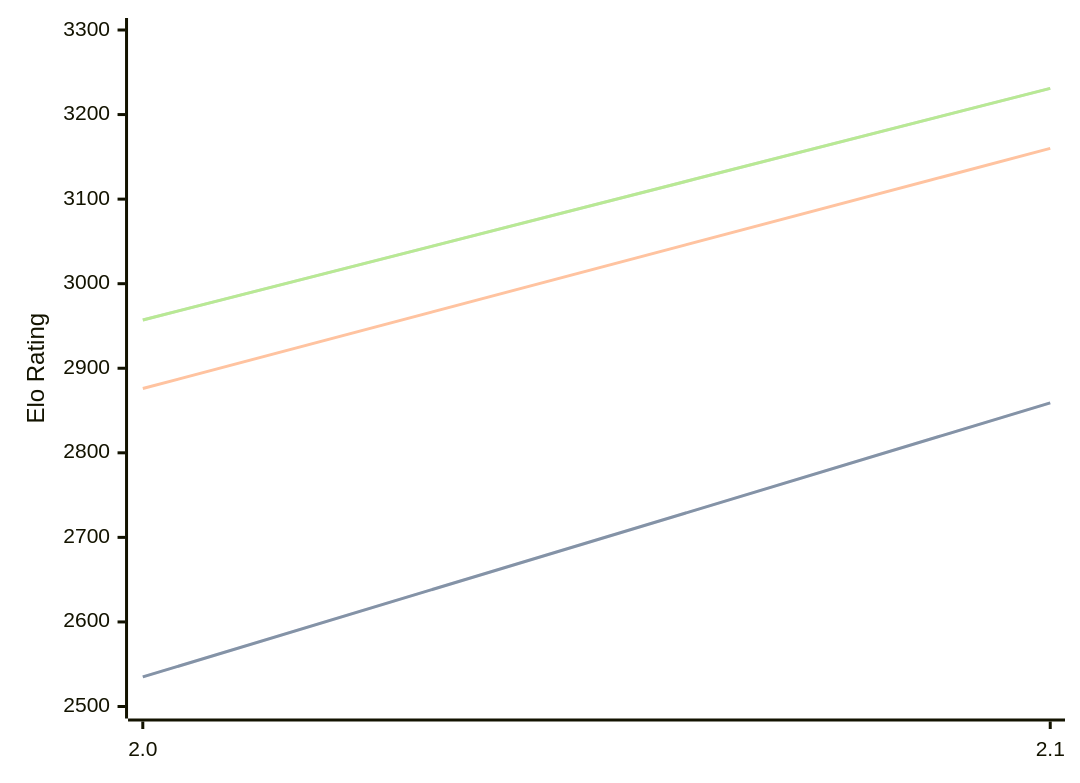
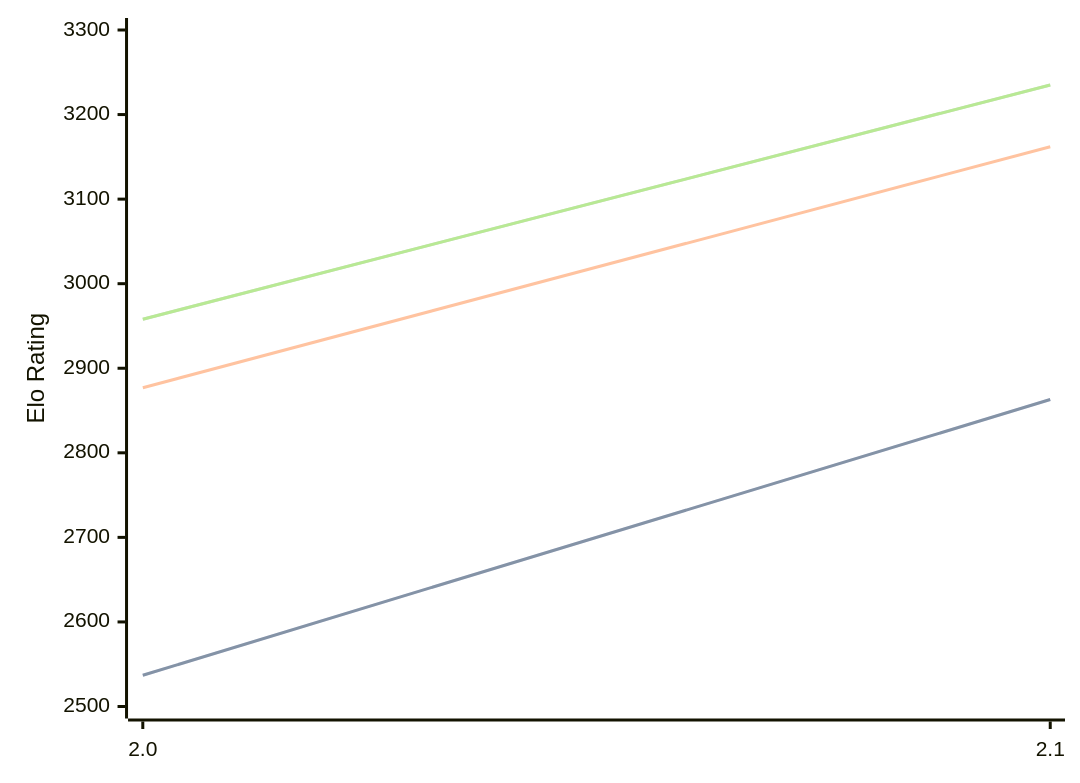
One commit to computer-chess-index/cci changed the diagram in engines/Tunguska.md. Above: the diagram before and after it, drawn with Mermaid. The commit also changed other lines of this file, not shown here.

Commit message:
Update CCI Ratings (ELO VLTC) - 2026-04-11

````diff
--- a/engines/Tunguska.md
+++ b/engines/Tunguska.md
@@ -32,11 +32,11 @@
 ```mermaid
 %%{init: {"theme":"base","themeVariables":{"seriesColors:['#a3a3a3','#222221','#faa371']}}}%%
 xychart-beta
   x-axis ["2.0", "2.1"]
   y-axis "Elo Rating" 2500 --> 3300
-  line "STC (8.0+0.08s)" [2535, 2859]
-  line "STC (8.0+0.08s)" [2535, 2859]
-  line "LTC (60.0+0.60s)" [2876, 3160]
-  line "VLTC (2m24s+1.12s)" [2957, 3231]
-  line "VLTC (2m24s+1.12s)" [2957, 3231]
+  line "STC (8.0+0.08s)" [2537, 2863]
+  line "STC (8.0+0.08s)" [2537, 2863]
+  line "LTC (60.0+0.60s)" [2877, 3162]
+  line "VLTC (2m24s+1.12s)" [2958, 3235]
+  line "VLTC (2m24s+1.12s)" [2958, 3235]
 ```
````
